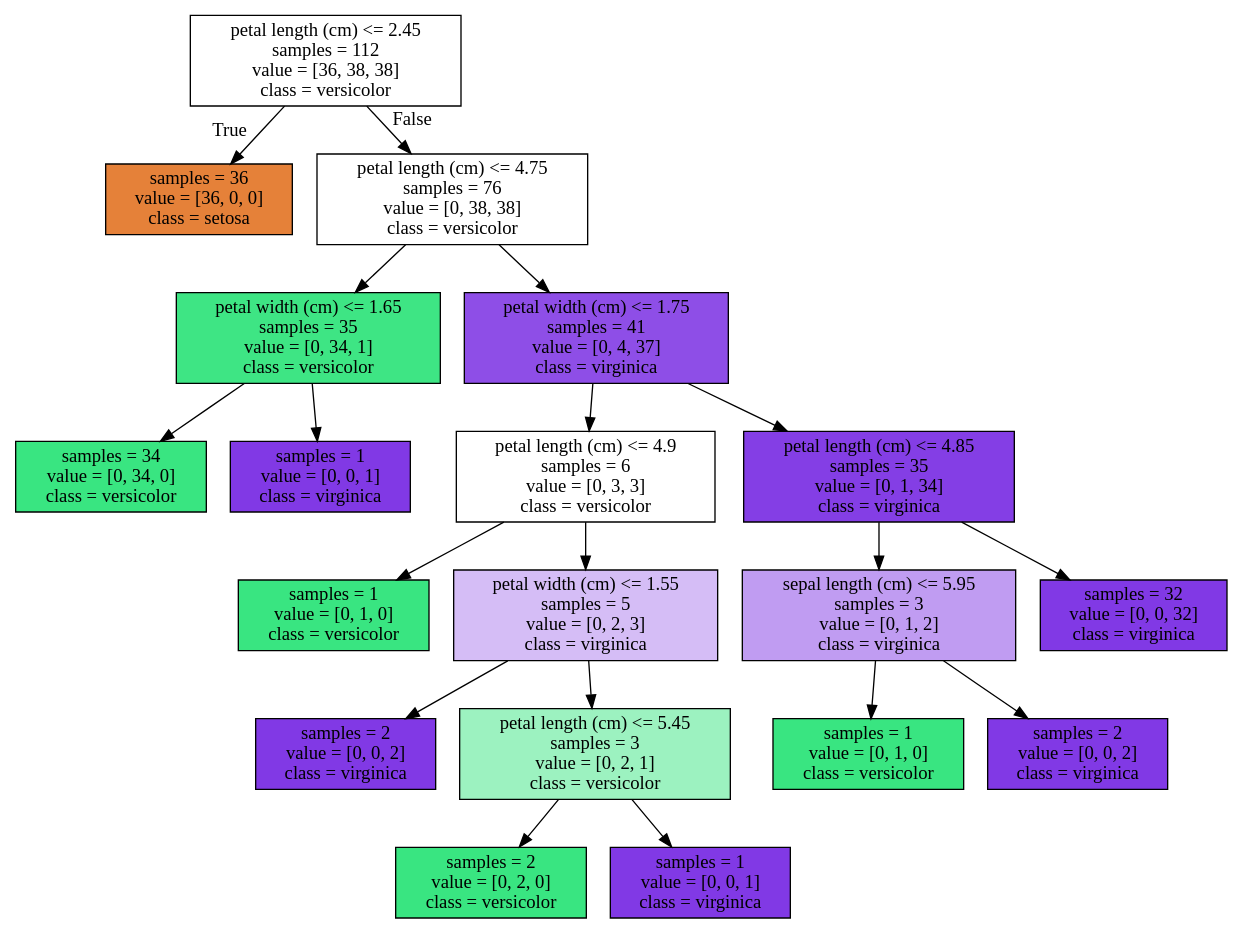
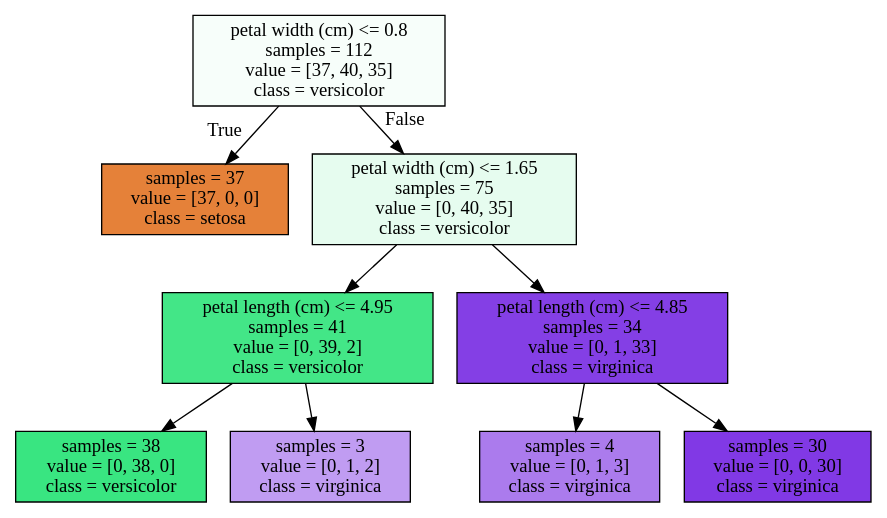
The diagram in docs/Source.gv (JosephPG/DecisionTreeExample), drawn with Graphviz before and after one commit. The commit also changed 5 other files, not shown here.

```diff
--- a/docs/Source.gv
+++ b/docs/Source.gv
@@ -1,40 +1,20 @@
 digraph Tree {
 node [shape=box, style="filled", color="black"] ;
-0 [label="petal length (cm) <= 2.45\nsamples = 112\nvalue = [36, 38, 38]\nclass = versicolor", fillcolor="#39e58100"] ;
-1 [label="samples = 36\nvalue = [36, 0, 0]\nclass = setosa", fillcolor="#e58139ff"] ;
+0 [label="petal width (cm) <= 0.8\nsamples = 112\nvalue = [37, 40, 35]\nclass = versicolor", fillcolor="#39e5810a"] ;
+1 [label="samples = 37\nvalue = [37, 0, 0]\nclass = setosa", fillcolor="#e58139ff"] ;
 0 -> 1 [labeldistance=2.5, labelangle=45, headlabel="True"] ;
-2 [label="petal length (cm) <= 4.75\nsamples = 76\nvalue = [0, 38, 38]\nclass = versicolor", fillcolor="#39e58100"] ;
+2 [label="petal width (cm) <= 1.65\nsamples = 75\nvalue = [0, 40, 35]\nclass = versicolor", fillcolor="#39e58120"] ;
 0 -> 2 [labeldistance=2.5, labelangle=-45, headlabel="False"] ;
-3 [label="petal width (cm) <= 1.65\nsamples = 35\nvalue = [0, 34, 1]\nclass = versicolor", fillcolor="#39e581f8"] ;
+3 [label="petal length (cm) <= 4.95\nsamples = 41\nvalue = [0, 39, 2]\nclass = versicolor", fillcolor="#39e581f2"] ;
 2 -> 3 ;
-4 [label="samples = 34\nvalue = [0, 34, 0]\nclass = versicolor", fillcolor="#39e581ff"] ;
+4 [label="samples = 38\nvalue = [0, 38, 0]\nclass = versicolor", fillcolor="#39e581ff"] ;
 3 -> 4 ;
-5 [label="samples = 1\nvalue = [0, 0, 1]\nclass = virginica", fillcolor="#8139e5ff"] ;
+5 [label="samples = 3\nvalue = [0, 1, 2]\nclass = virginica", fillcolor="#8139e57f"] ;
 3 -> 5 ;
-6 [label="petal width (cm) <= 1.75\nsamples = 41\nvalue = [0, 4, 37]\nclass = virginica", fillcolor="#8139e5e3"] ;
+6 [label="petal length (cm) <= 4.85\nsamples = 34\nvalue = [0, 1, 33]\nclass = virginica", fillcolor="#8139e5f7"] ;
 2 -> 6 ;
-7 [label="petal length (cm) <= 4.9\nsamples = 6\nvalue = [0, 3, 3]\nclass = versicolor", fillcolor="#39e58100"] ;
+7 [label="samples = 4\nvalue = [0, 1, 3]\nclass = virginica", fillcolor="#8139e5aa"] ;
 6 -> 7 ;
-8 [label="samples = 1\nvalue = [0, 1, 0]\nclass = versicolor", fillcolor="#39e581ff"] ;
-7 -> 8 ;
-9 [label="petal width (cm) <= 1.55\nsamples = 5\nvalue = [0, 2, 3]\nclass = virginica", fillcolor="#8139e555"] ;
-7 -> 9 ;
-10 [label="samples = 2\nvalue = [0, 0, 2]\nclass = virginica", fillcolor="#8139e5ff"] ;
-9 -> 10 ;
-11 [label="petal length (cm) <= 5.45\nsamples = 3\nvalue = [0, 2, 1]\nclass = versicolor", fillcolor="#39e5817f"] ;
-9 -> 11 ;
-12 [label="samples = 2\nvalue = [0, 2, 0]\nclass = versicolor", fillcolor="#39e581ff"] ;
-11 -> 12 ;
-13 [label="samples = 1\nvalue = [0, 0, 1]\nclass = virginica", fillcolor="#8139e5ff"] ;
-11 -> 13 ;
-14 [label="petal length (cm) <= 4.85\nsamples = 35\nvalue = [0, 1, 34]\nclass = virginica", fillcolor="#8139e5f8"] ;
-6 -> 14 ;
-15 [label="sepal length (cm) <= 5.95\nsamples = 3\nvalue = [0, 1, 2]\nclass = virginica", fillcolor="#8139e57f"] ;
-14 -> 15 ;
-16 [label="samples = 1\nvalue = [0, 1, 0]\nclass = versicolor", fillcolor="#39e581ff"] ;
-15 -> 16 ;
-17 [label="samples = 2\nvalue = [0, 0, 2]\nclass = virginica", fillcolor="#8139e5ff"] ;
-15 -> 17 ;
-18 [label="samples = 32\nvalue = [0, 0, 32]\nclass = virginica", fillcolor="#8139e5ff"] ;
-14 -> 18 ;
+8 [label="samples = 30\nvalue = [0, 0, 30]\nclass = virginica", fillcolor="#8139e5ff"] ;
+6 -> 8 ;
 }
```
